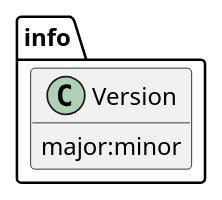
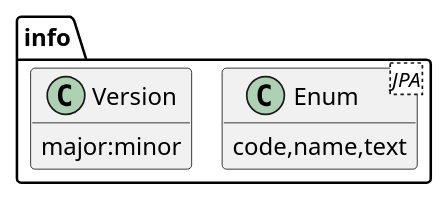
One commit to cardsplus/demoscs changed the diagram in doc/EsyInfoApi.adoc. Above: the diagram before and after it, drawn with PlantUML. The commit also changed other lines of this file and 59 other files, not shown here.

```diff
--- a/doc/EsyInfoApi.adoc
+++ b/doc/EsyInfoApi.adoc
@@ -37,11 +37,14 @@
-[plantuml,model,png]
+[plantuml,EsyInfo,png]
 ----
 !pragma layout smetana
 hide members
 show attributes
 package "info" {
+  class Enum<JPA> {
+    code,name,text
+  }
   class Version {
     major:minor
   }
 }
 ----
```
